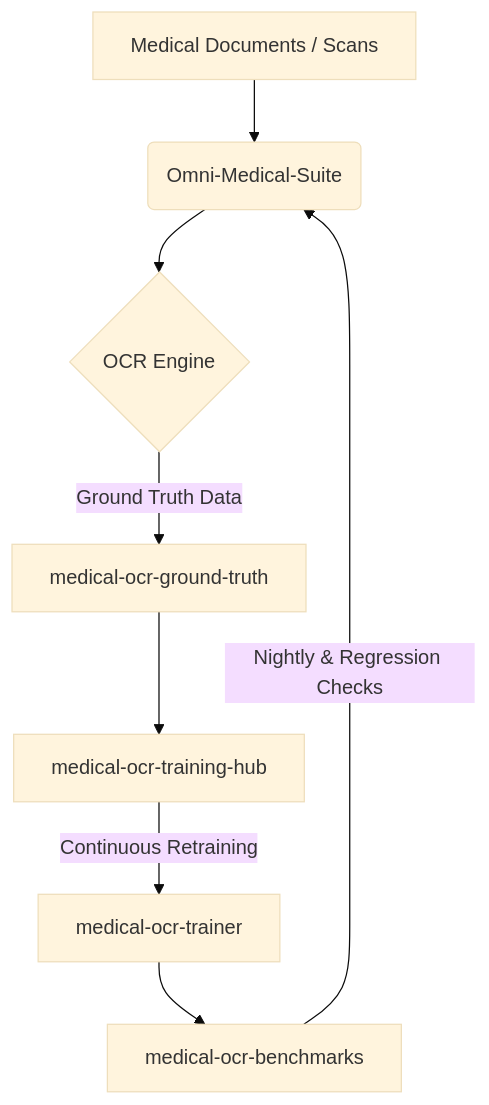
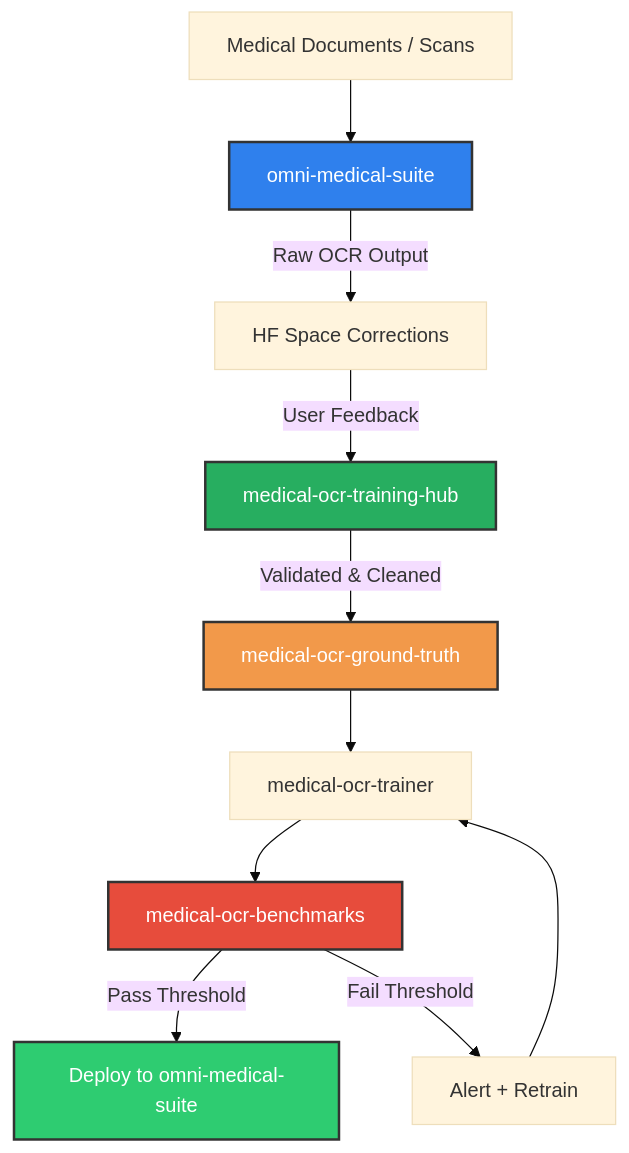
The diagram in PORTFOLIO.md (DrAbdulmalek/omni-medical-suite), drawn with Mermaid (base theme) before and after one commit. The commit also changed other lines of this file, not shown here.

First line of the commit message:
docs: polish PORTFOLIO.md — simpler tables, 5 clear rules, enhanced Mermaid diagram

````diff
--- a/PORTFOLIO.md
+++ b/PORTFOLIO.md
@@ -26,10 +11,18 @@
 ```mermaid
 graph TD
-    A[Medical Documents / Scans] --> B(Omni-Medical-Suite)
-    B --> C{OCR Engine}
-    C -->|Ground Truth Data| D[medical-ocr-ground-truth]
-    D --> E[medical-ocr-training-hub]
-    E -->|Continuous Retraining| F[medical-ocr-trainer]
+    A[Medical Documents / Scans] --> B[omni-medical-suite]
+    B -->|Raw OCR Output| C[HF Space Corrections]
+    C -->|User Feedback| D[medical-ocr-training-hub]
+    D -->|Validated & Cleaned| E[medical-ocr-ground-truth]
+    E --> F[medical-ocr-trainer]
     F --> G[medical-ocr-benchmarks]
-    G -->|Nightly & Regression Checks| B
+    G -->|Pass Threshold| H[Deploy to omni-medical-suite]
+    G -->|Fail Threshold| I[Alert + Retrain]
+    I --> F
+
+    style B fill:#2f80ed,stroke:#333,stroke-width:2px,color:#fff
+    style D fill:#27ae60,stroke:#333,stroke-width:2px,color:#fff
+    style E fill:#f2994a,stroke:#333,stroke-width:2px,color:#fff
+    style G fill:#e74c3c,stroke:#333,stroke-width:2px,color:#fff
+    style H fill:#2ecc71,stroke:#333,stroke-width:2px,color:#fff
 ```
````
